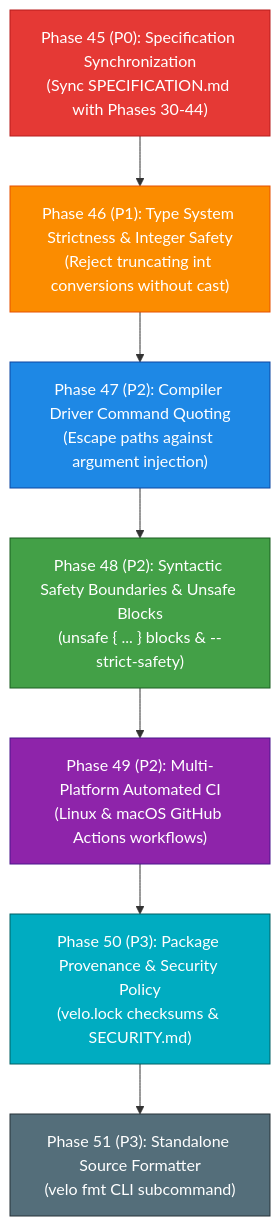
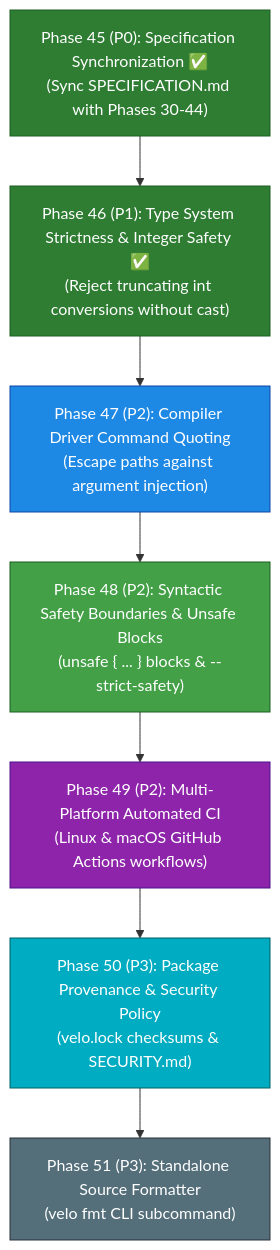
One commit to velo-compiler/velo changed the diagram in gaps.md. Above: the diagram before and after it, drawn with Mermaid. The commit also changed other lines of this file and 21 other files, not shown here.

````diff
--- a/gaps.md
+++ b/gaps.md
@@ -29,17 +29,17 @@
 ```mermaid
 flowchart TD
-    P45["Phase 45 (P0): Specification Synchronization\n(Sync SPECIFICATION.md with Phases 30-44)"] --> P46["Phase 46 (P1): Type System Strictness & Integer Safety\n(Reject truncating int conversions without cast)"]
+    P45["Phase 45 (P0): Specification Synchronization ✅\n(Sync SPECIFICATION.md with Phases 30-44)"] --> P46["Phase 46 (P1): Type System Strictness & Integer Safety ✅\n(Reject truncating int conversions without cast)"]
     P46 --> P47["Phase 47 (P2): Compiler Driver Command Quoting\n(Escape paths against argument injection)"]
     P47 --> P48["Phase 48 (P2): Syntactic Safety Boundaries & Unsafe Blocks\n(unsafe { ... } blocks & --strict-safety)"]
     P48 --> P49["Phase 49 (P2): Multi-Platform Automated CI\n(Linux & macOS GitHub Actions workflows)"]
     P49 --> P50["Phase 50 (P3): Package Provenance & Security Policy\n(velo.lock checksums & SECURITY.md)"]
     P50 --> P51["Phase 51 (P3): Standalone Source Formatter\n(velo fmt CLI subcommand)"]
 
-    style P45 fill:#e53935,stroke:#b71c1c,color:#ffffff
-    style P46 fill:#fb8c00,stroke:#e65100,color:#ffffff
+    style P45 fill:#2e7d32,stroke:#1b5e20,color:#ffffff
+    style P46 fill:#2e7d32,stroke:#1b5e20,color:#ffffff
     style P47 fill:#1e88e5,stroke:#0d47a1,color:#ffffff
     style P48 fill:#43a047,stroke:#1b5e20,color:#ffffff
     style P49 fill:#8e24aa,stroke:#4a148c,color:#ffffff
     style P50 fill:#00acc1,stroke:#006064,color:#ffffff
     style P51 fill:#546e7a,stroke:#263238,color:#ffffff
 ```
````
